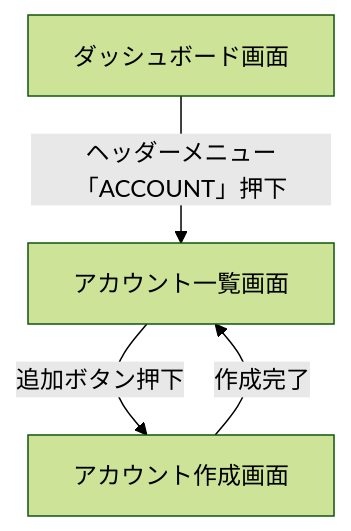
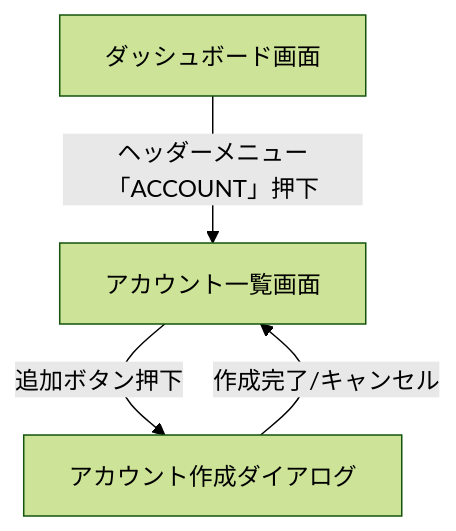
One commit to ahi5353/golang-angular-template changed the third of 3 diagrams in DESIGN.md. Above: the diagram before and after it, drawn with Mermaid (forest theme). The commit also changed other lines of this file and 1 other file, not shown here.

````diff
--- a/DESIGN.md
+++ b/DESIGN.md
@@ -50,6 +50,6 @@
 ```mermaid
 graph TD
     A[ダッシュボード画面] -->|ヘッダーメニュー「ACCOUNT」押下| B[アカウント一覧画面];
-    B -->|追加ボタン押下| C[アカウント作成画面];
-    C -->|作成完了| B;
+    B -->|追加ボタン押下| C[アカウント作成ダイアログ];
+    C -->|作成完了/キャンセル| B;
 ```
````
